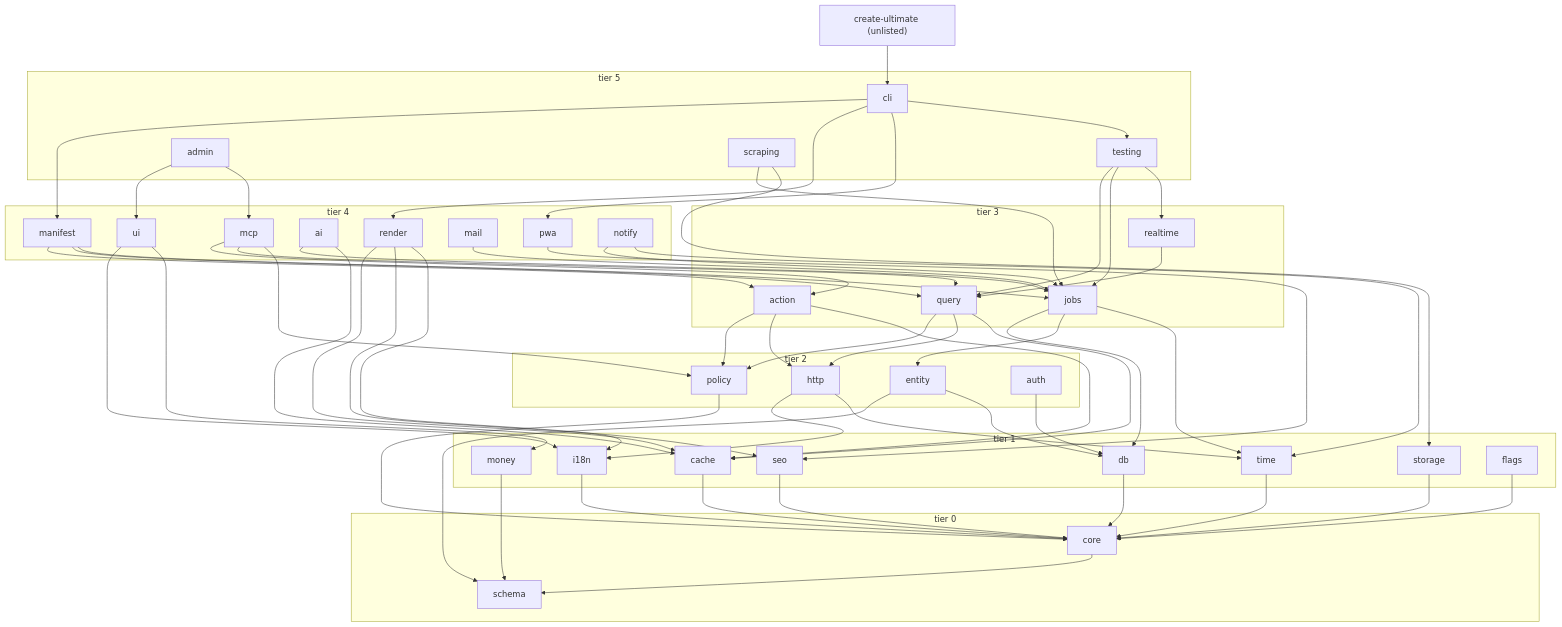
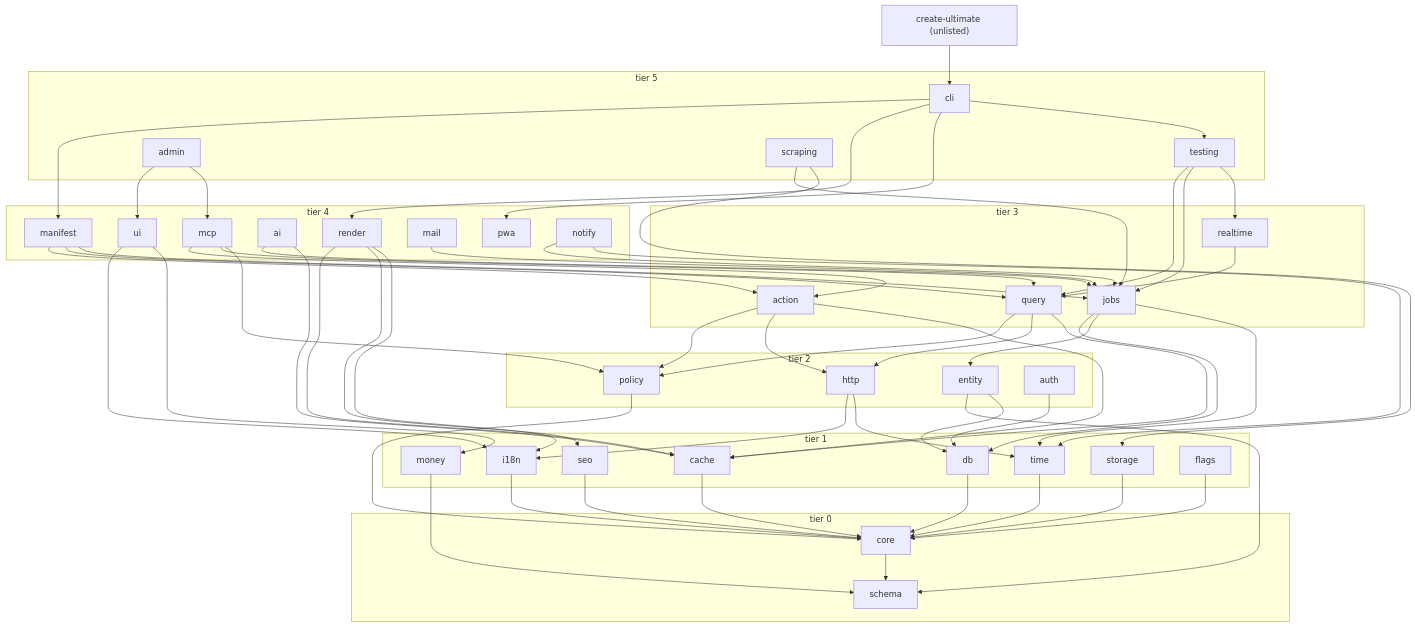
One commit to developerz-ai/ultimate changed the diagram in docs/architecture/01-package-map.md. Above: the diagram before and after it, drawn with Mermaid. The commit also changed other lines of this file and 148 other files, not shown here.

```diff
--- a/docs/architecture/01-package-map.md
+++ b/docs/architecture/01-package-map.md
@@ -147,7 +147,6 @@
   render --> i18n
   ui --> i18n
   ui --> money
-  pwa --> seo
   mcp --> action
   mcp --> query
   mcp --> policy
```
